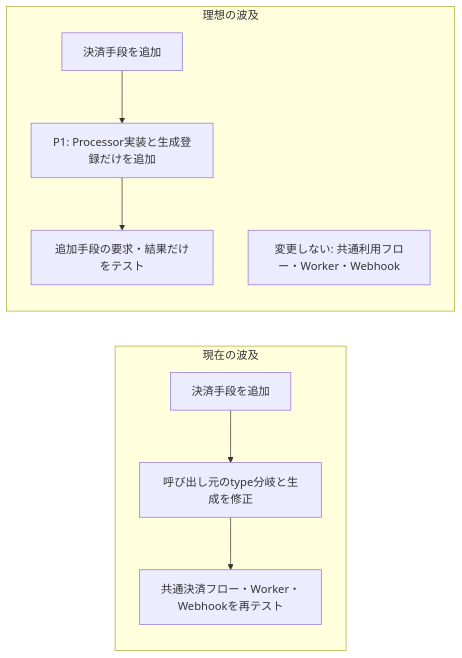
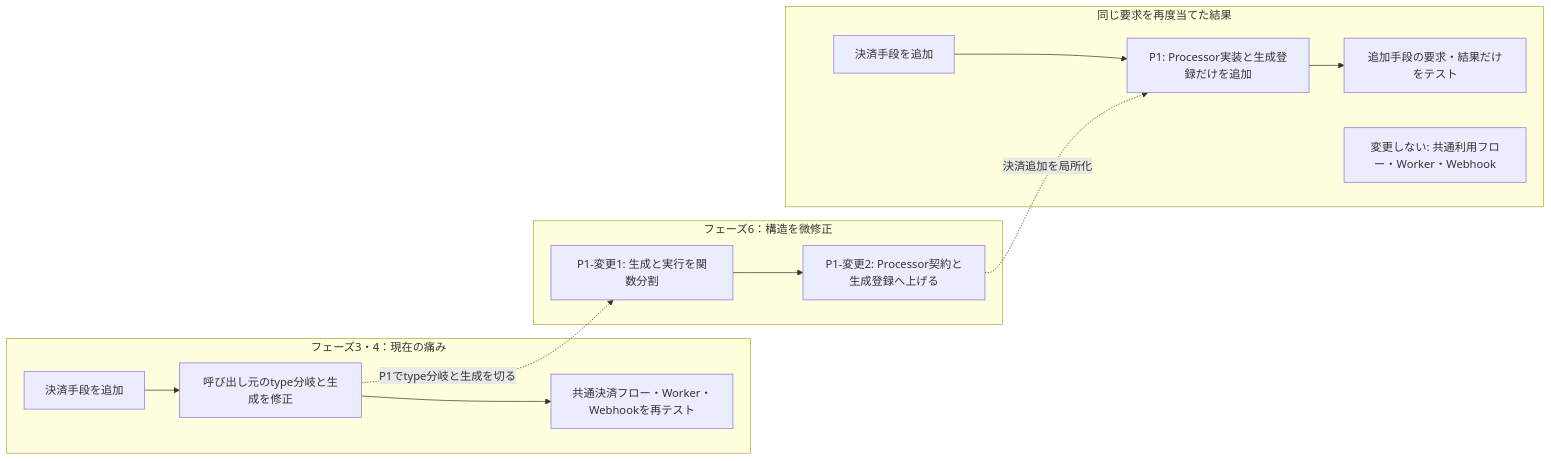
The seventh of 14 diagrams in kindle/design-patterns/output/chapter08.md (kumachan1101-pixel/DesignPattern), drawn with Mermaid before and after one commit. The commit also changed other lines of this file and 22 other files, not shown here.

````diff
--- a/kindle/design-patterns/output/chapter08.md
+++ b/kindle/design-patterns/output/chapter08.md
@@ -1279,12 +1279,17 @@
 ```mermaid
 flowchart LR
-    subgraph Current["現在の波及"]
+    subgraph Pain["フェーズ3・4：現在の痛み"]
         CR["決済手段を追加"] --> C1["呼び出し元のtype分岐と生成を修正"]
         C1 --> C2["共通決済フロー・Worker・Webhookを再テスト"]
     end
-    subgraph Ideal["理想の波及"]
+    subgraph StructuralChange["フェーズ6：構造を微修正"]
+        S1["P1-変更1: 生成と実行を関数分割"] --> S2["P1-変更2: Processor契約と生成登録へ上げる"]
+    end
+    subgraph Result["同じ要求を再度当てた結果"]
         IR["決済手段を追加"] --> I1["P1: Processor実装と生成登録だけを追加"]
         I1 --> I2["追加手段の要求・結果だけをテスト"]
         IS["変更しない: 共通利用フロー・Worker・Webhook"]
     end
+    C1 -. "P1でtype分岐と生成を切る" .-> S1
+    S2 -. "決済追加を局所化" .-> I1
 ```
````
